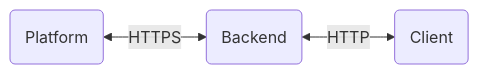
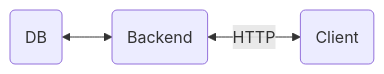
One commit to WeatherXM/backend-assignment changed the diagram in README.md. Above: the diagram before and after it, drawn with Mermaid. The commit also changed other lines of this file, not shown here.

````diff
--- a/README.md
+++ b/README.md
@@ -11,4 +7,4 @@
 ```mermaid
 flowchart LR
-    P(Platform) <-->|HTTPS| B(Backend) <--> |HTTP| C(Client)
+    DB(DB) <--> B(Backend) <--> |HTTP| C(Client)
 ```
````
